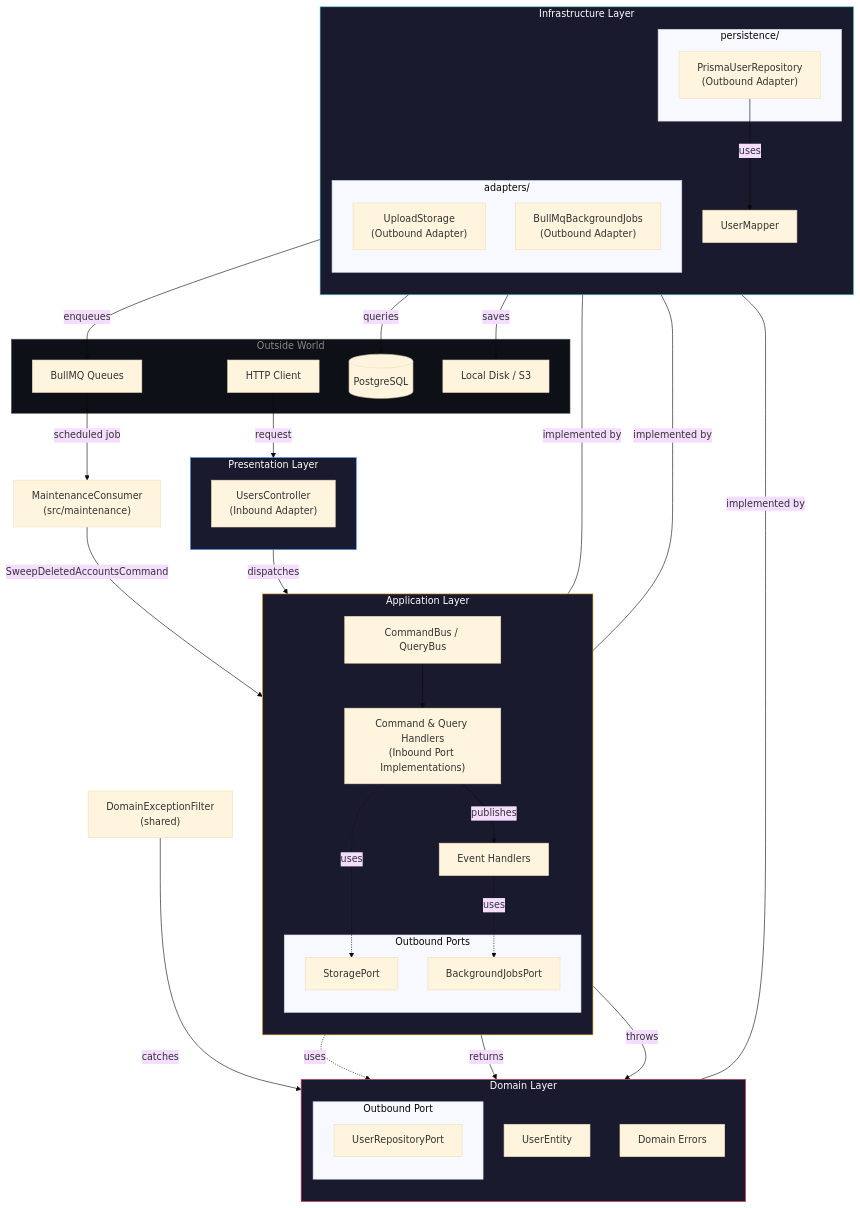
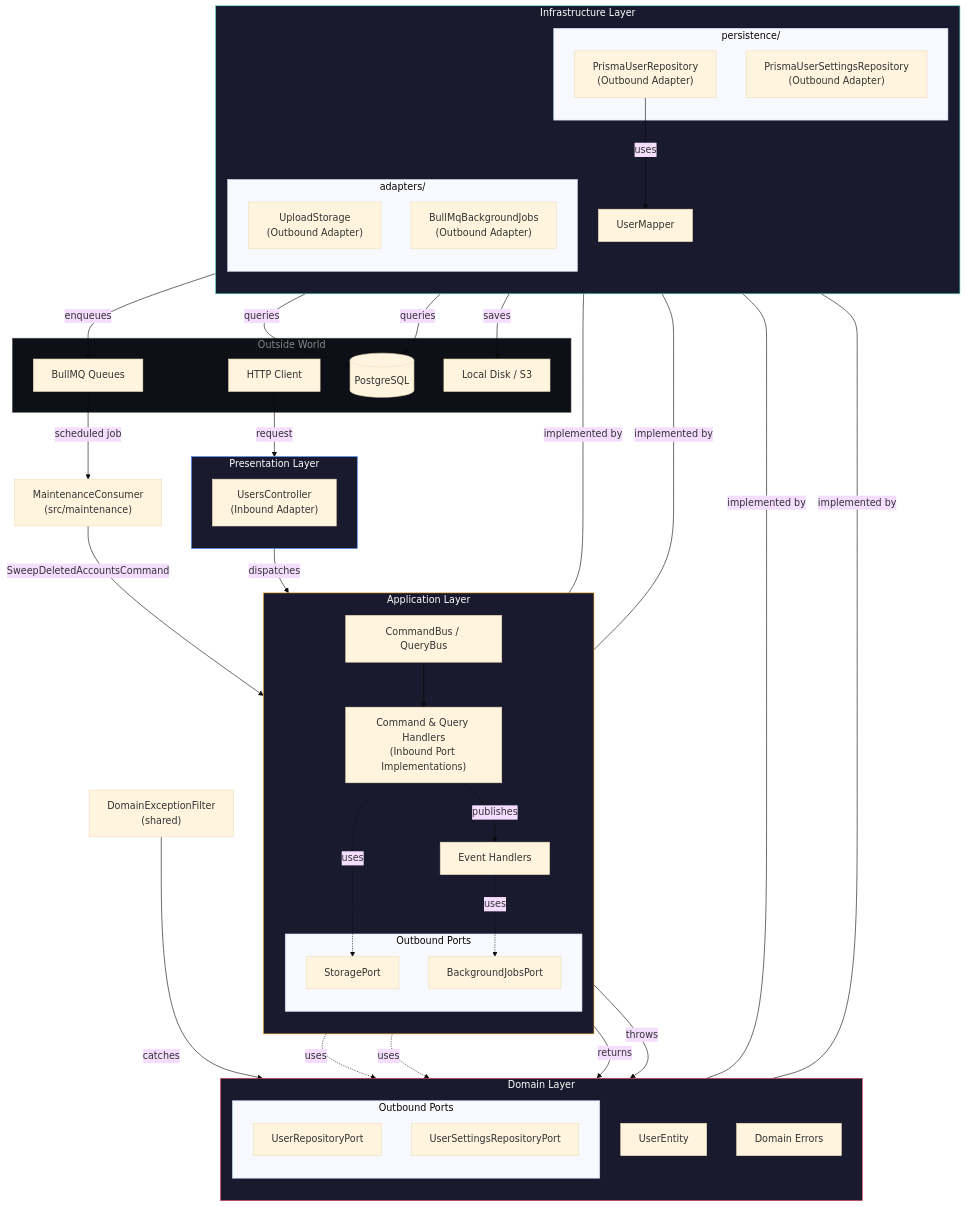
The second of 4 diagrams in docs/hexagonal-architecture.md (StoriuSs/NezFocus-Backend), drawn with Mermaid (base theme) before and after one commit. The commit also changed other lines of this file and 3 other files, not shown here.

First line of the commit message:
docs: bring the overview, module, architecture and testing guides in line with the servers and permissions modules

```diff
--- a/docs/hexagonal-architecture.md
+++ b/docs/hexagonal-architecture.md
@@ -495,8 +504,9 @@
         direction TB
         ENTITY["UserEntity"]
         EXCEPTIONS["Domain Errors"]
-        subgraph DOM_PORTS["Outbound Port"]
+        subgraph DOM_PORTS["Outbound Ports"]
             URP["UserRepositoryPort"]
+            USRP["UserSettingsRepositoryPort"]
         end
     end
 
@@ -504,6 +514,7 @@
         direction TB
         subgraph PERSISTENCE["persistence/"]
             PRISMA_REPO["PrismaUserRepository\n(Outbound Adapter)"]
+            PRISMA_SETTINGS["PrismaUserSettingsRepository\n(Outbound Adapter)"]
         end
         subgraph ADAPTERS["adapters/"]
             STORAGE_ADAPTER["UploadStorage\n(Outbound Adapter)"]
@@ -522,14 +533,17 @@
     CMDBUS --> HANDLERS
     HANDLERS -->|publishes| EVENTS
     HANDLERS -.->|uses| URP
+    HANDLERS -.->|uses| USRP
     HANDLERS -.->|uses| SP
     EVENTS -.->|uses| BJP
 
     URP ---|implemented by| PRISMA_REPO
+    USRP ---|implemented by| PRISMA_SETTINGS
     SP ---|implemented by| STORAGE_ADAPTER
     BJP ---|implemented by| JOBS_ADAPTER
 
     PRISMA_REPO -->|queries| PG
+    PRISMA_SETTINGS -->|queries| PG
     PRISMA_REPO -->|uses| MAPPER
     STORAGE_ADAPTER -->|saves| STORE
     JOBS_ADAPTER -->|enqueues| BULL
```
